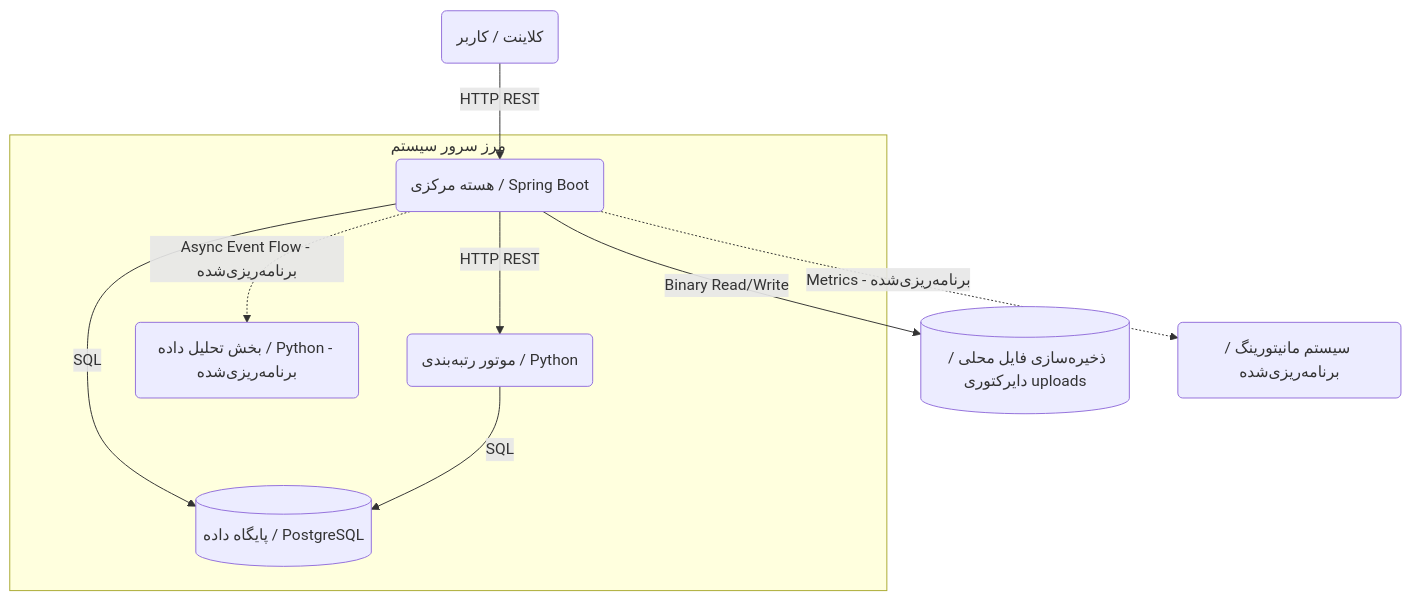
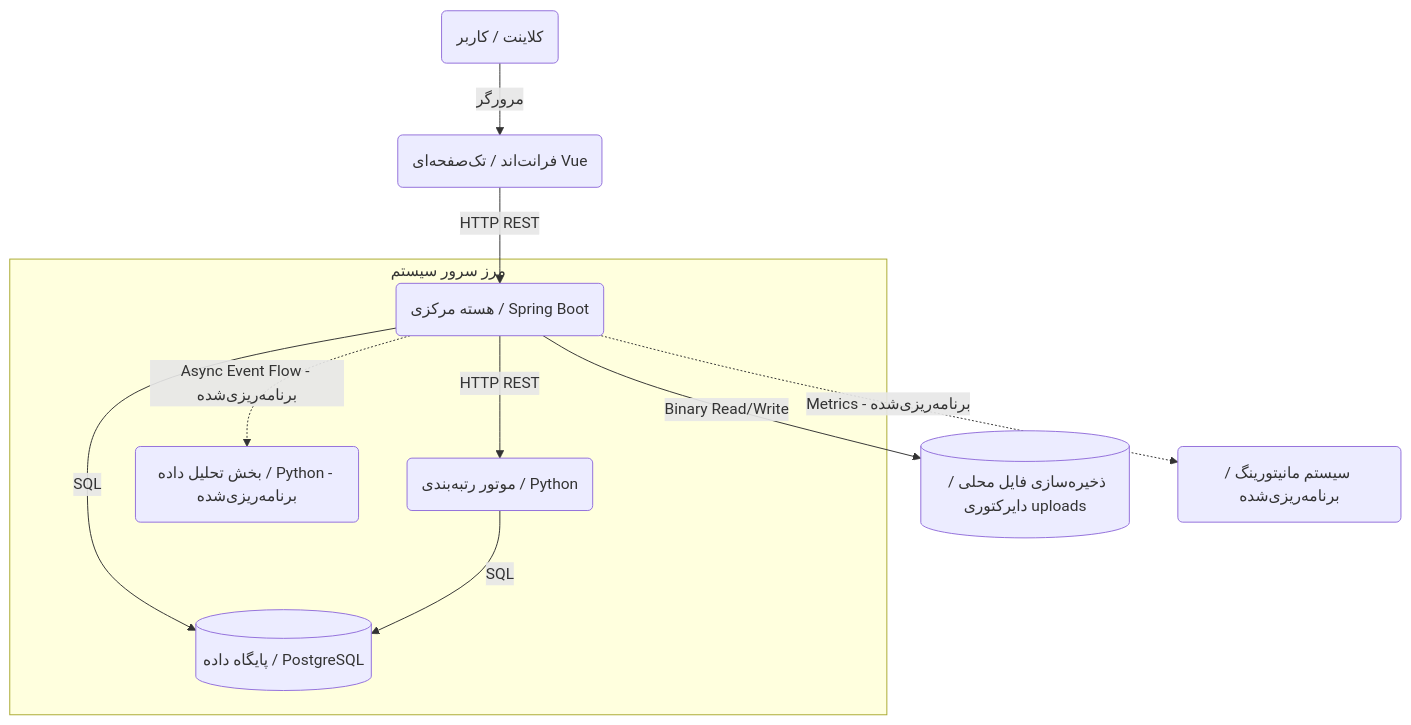
One commit to ferigeek/sarv changed the diagram in docs/docs/fa/3-Architecture.md. Above: the diagram before and after it, drawn with Mermaid. The commit also changed other lines of this file and 12 other files, not shown here.

````diff
--- a/docs/docs/fa/3-Architecture.md
+++ b/docs/docs/fa/3-Architecture.md
@@ -20,22 +20,24 @@
 ```mermaid
 graph TD
     Client(کلاینت / کاربر)
+    Frontend(فرانت‌اند / تک‌صفحه‌ای Vue)
     LocalFileStorage[(ذخیره‌سازی فایل محلی / دایرکتوری uploads)]
     Monitoring(سیستم مانیتورینگ / برنامه‌ریزی‌شده)
 
     subgraph مرز سرور سیستم
         Backend(هسته مرکزی / Spring Boot)
         Recommender(موتور رتبه‌بندی / Python)
         Analytics(بخش تحلیل داده / Python - برنامه‌ریزی‌شده)
         Postgres[(پایگاه داده / PostgreSQL)]
     end
 
-    Client -- HTTP REST --> Backend
+    Client -- مرورگر --> Frontend
+    Frontend -- HTTP REST --> Backend
     Backend -- SQL --> Postgres
     Backend -- Binary Read/Write --> LocalFileStorage
     Recommender -- SQL --> Postgres
 
     Backend -- HTTP REST --> Recommender
     Backend -. Async Event Flow - برنامه‌ریزی‌شده .-> Analytics
     Backend -. Metrics - برنامه‌ریزی‌شده .-> Monitoring
 ```
````
